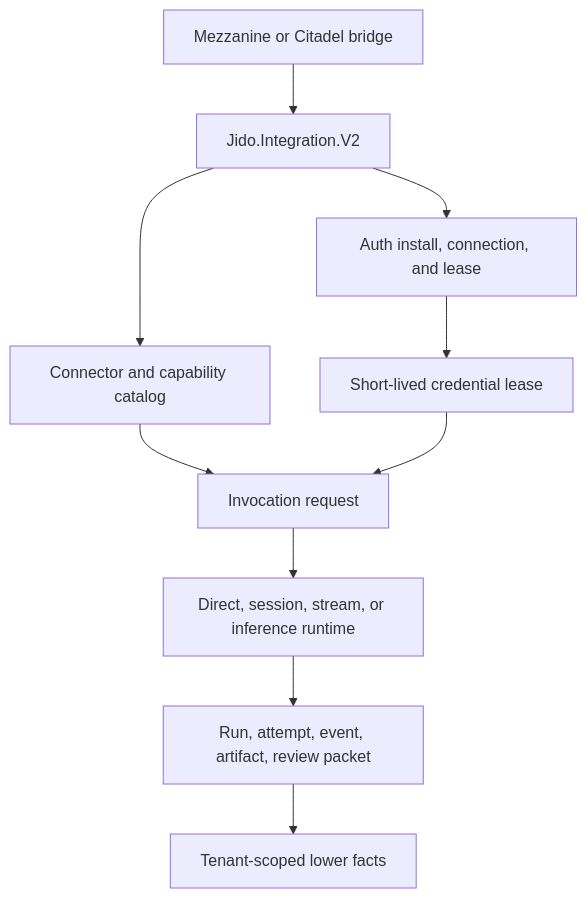
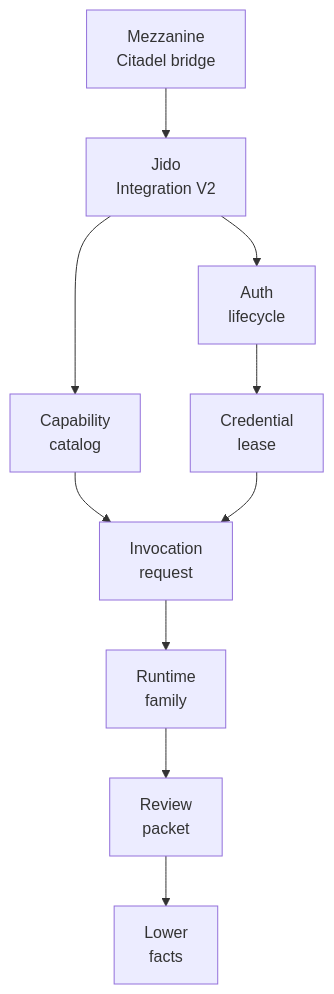
Before and after one commit to agentjido/jido_integration: the first of 2 diagrams in README.md, drawn with Mermaid. The commit also changed other lines of this file, not shown here.

Commit message:
docs: wrap README Mermaid labels

````diff
--- a/README.md
+++ b/README.md
@@ -123,12 +123,12 @@
 ```mermaid
 flowchart TD
-  Caller["Mezzanine or Citadel bridge"] --> Facade["Jido.Integration.V2"]
-  Facade --> Catalog["Connector and capability catalog"]
-  Facade --> Auth["Auth install, connection, and lease"]
-  Auth --> Lease["Short-lived credential lease"]
-  Catalog --> Invoke["Invocation request"]
+  Caller["Mezzanine<br/>Citadel bridge"] --> Facade["Jido<br/>Integration V2"]
+  Facade --> Catalog["Capability<br/>catalog"]
+  Facade --> Auth["Auth<br/>lifecycle"]
+  Auth --> Lease["Credential<br/>lease"]
+  Catalog --> Invoke["Invocation<br/>request"]
   Lease --> Invoke
-  Invoke --> Runtime["Direct, session, stream, or inference runtime"]
-  Runtime --> Review["Run, attempt, event, artifact, review packet"]
-  Review --> LowerFacts["Tenant-scoped lower facts"]
+  Invoke --> Runtime["Runtime<br/>family"]
+  Runtime --> Review["Review<br/>packet"]
+  Review --> LowerFacts["Lower<br/>facts"]
 ```
````
